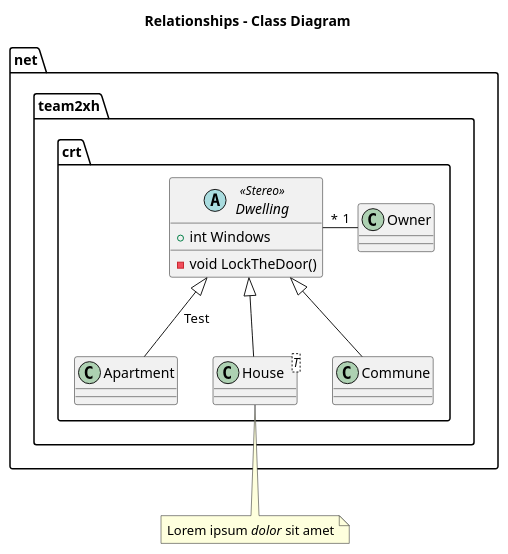
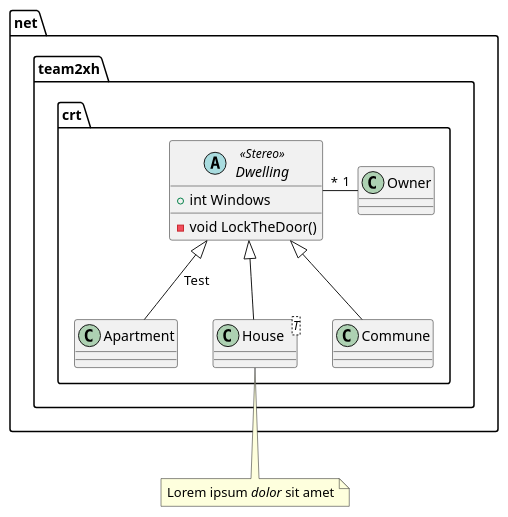
The diagram in doc/uml/test.puml (Tenchi2xh/CRT), drawn with PlantUML before and after one commit. The commit also changed 3 other files, not shown here.

Commit message:
Markdown to LaTeX test with generated EPS class diagram

```diff
--- a/doc/uml/test.puml
+++ b/doc/uml/test.puml
@@ -1,28 +1,28 @@
 @startuml
 
-title Relationships - Class Diagram
+'title Relationships - Class Diagram
 
 package "net.team2xh.crt" {
 
 abstract class Dwelling <<Stereo>> {
   + int Windows
   - void LockTheDoor()
 }
 
 class Apartment
 class "House<T>" as House
 class Commune
 
 class Owner
 
 }
 
 Dwelling <|-down- Apartment: Test
 Dwelling <|-down- Commune
 Dwelling <|-down- House
 
 Dwelling "*" -right- "1" Owner
 
 note bottom of House: Lorem ipsum <i>dolor</i> sit amet
 
 @enduml
```
